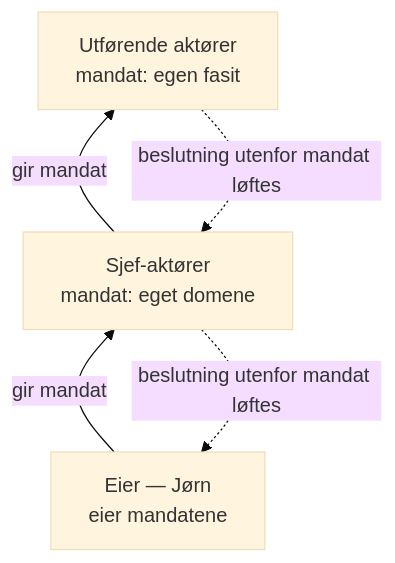
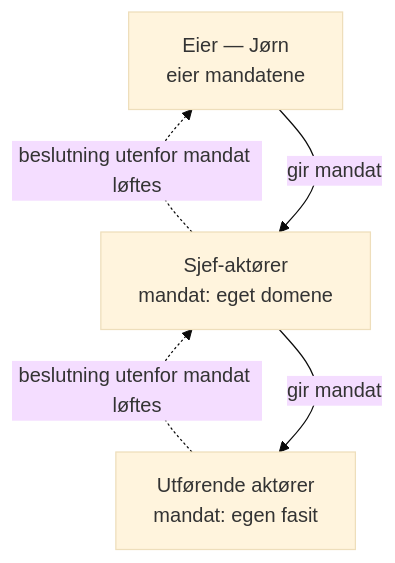
Before and after one commit to KODE15AS/KODE15AS: the first of 2 diagrams in organisasjonsplan.md, drawn with Mermaid (base theme). The commit also changed other lines of this file, not shown here.

````diff
--- a/organisasjonsplan.md
+++ b/organisasjonsplan.md
@@ -56,11 +56,11 @@
 ```mermaid
 graph BT
+    DRENGR["Utførende aktører<br/>mandat: egen fasit"]
+    SJEF["Sjef-aktører<br/>mandat: eget domene"]
     EIER["Eier — Jørn<br/>eier mandatene"]
-    SJEF["Sjef-aktører<br/>mandat: eget domene"]
-    DRENGR["Utførende aktører<br/>mandat: egen fasit"]
 
     DRENGR -. "beslutning utenfor mandat løftes" .-> SJEF
     SJEF -. "beslutning utenfor mandat løftes" .-> EIER
     EIER -- "gir mandat" --> SJEF
     SJEF -- "gir mandat" --> DRENGR
 ```
````
